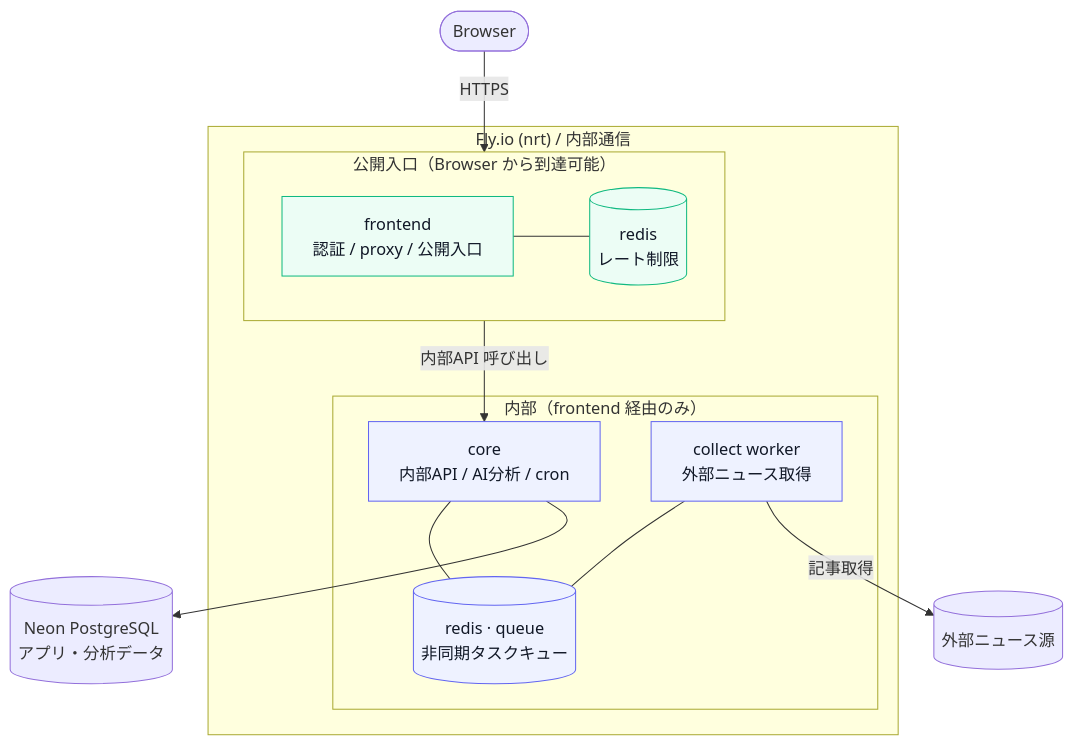
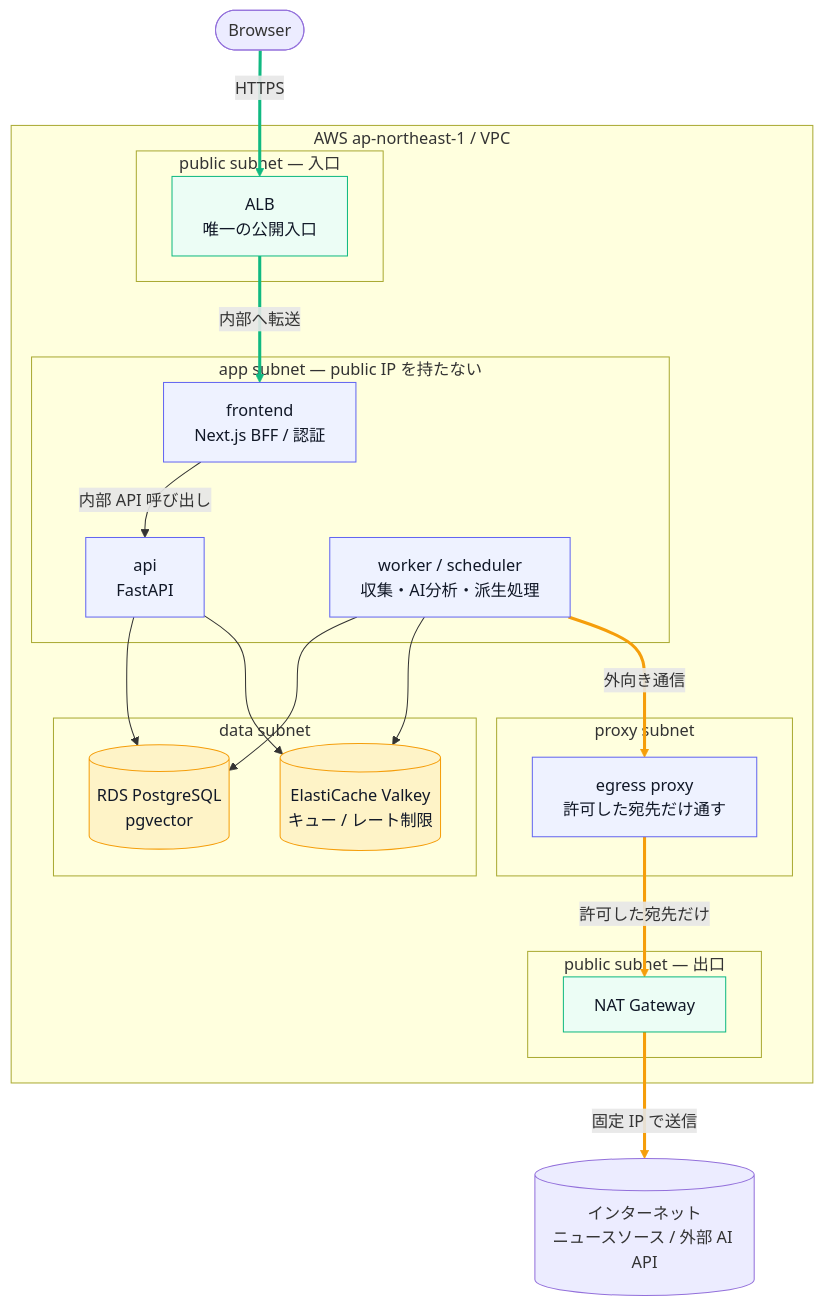
One commit to yook11/Vector changed the diagram in README.md. Above: the diagram before and after it, drawn with Mermaid. The commit also changed other lines of this file, not shown here.

Commit message:
docs: README の本番構成を AWS へ更新する
Fly.io + Neon PostgreSQL から AWS へ移行し、Fly.io 側は停止したため、README の
本番構成の記述を実態に合わせる。

- 技術スタックを RDS PostgreSQL / ElastiCache Valkey / ECS Fargate + Terraform へ更新
- 構成図を AWS の VPC 構成へ差し替え、ALB からの入口と egress proxy -> NAT Gateway の
  出口を、経路としてたどれる形にする
- docs/architecture.md への案内を「アプリケーションの設計」に改め、インフラ構成の記述が
  Fly.io 運用時のものである旨を添える

docs/architecture.md 本文は、Fly.io で運用していた当時の設計判断の記録として据え置く。

````diff
--- a/README.md
+++ b/README.md
@@ -75,32 +76,52 @@
 ```mermaid
 flowchart TB
     Browser([Browser])
-    News[("外部ニュース源")]
-    Neon[("Neon PostgreSQL<br/>アプリ・分析データ")]
+    Internet[("インターネット<br/>ニュースソース / 外部 AI API")]
 
-    subgraph Fly["Fly.io (nrt) / 内部通信"]
-        subgraph Edge["公開入口（Browser から到達可能）"]
-            direction LR
-            FE["frontend<br/>認証 / proxy / 公開入口"]
-            RL[("redis<br/>レート制限")]
-            FE --- RL
+    subgraph VPC["AWS ap-northeast-1 / VPC"]
+        subgraph PubIn["public subnet — 入口"]
+            ALB["ALB<br/>唯一の公開入口"]
         end
-        subgraph Internal["内部（frontend 経由のみ）"]
-            CORE["core<br/>内部API / AI分析 / cron"]
-            COLLECT["collect worker<br/>外部ニュース取得"]
-            Q[("redis · queue<br/>非同期タスクキュー")]
-            CORE --- Q
-            COLLECT --- Q
+
+        subgraph AppNet["app subnet — public IP を持たない"]
+            FE["frontend<br/>Next.js BFF / 認証"]
+            API["api<br/>FastAPI"]
+            WORKER["worker / scheduler<br/>収集・AI分析・派生処理"]
+        end
+
+        subgraph DataNet["data subnet"]
+            RDS[("RDS PostgreSQL<br/>pgvector")]
+            VK[("ElastiCache Valkey<br/>キュー / レート制限")]
+        end
+
+        subgraph ProxyNet["proxy subnet"]
+            PROXY["egress proxy<br/>許可した宛先だけ通す"]
+        end
+
+        subgraph PubOut["public subnet — 出口"]
+            NAT["NAT Gateway"]
         end
     end
 
-    Browser -->|HTTPS| FE
-    FE -->|内部API 呼び出し| CORE
-    CORE --> Neon
-    COLLECT -->|記事取得| News
+    Browser ==>|HTTPS| ALB
+    ALB ==>|内部へ転送| FE
+    FE -->|内部 API 呼び出し| API
+    FE ~~~ WORKER
+    API --> RDS
+    API --> VK
+    WORKER --> RDS
+    WORKER --> VK
+    WORKER ==>|外向き通信| PROXY
+    PROXY ==>|許可した宛先だけ| NAT
+    NAT ==>|固定 IP で送信| Internet
+
+    linkStyle 0,1 stroke:#10b981,stroke-width:3px
+    linkStyle 8,9,10 stroke:#f59e0b,stroke-width:3px
 
     classDef edge fill:#ecfdf5,stroke:#10b981,color:#111827;
     classDef internal fill:#eef2ff,stroke:#6366f1,color:#111827;
-    class FE,RL edge
-    class CORE,Q,COLLECT internal
+    classDef data fill:#fef3c7,stroke:#f59e0b,color:#111827;
+    class ALB,NAT edge
+    class FE,API,WORKER,PROXY internal
+    class RDS,VK data
 ```
````
